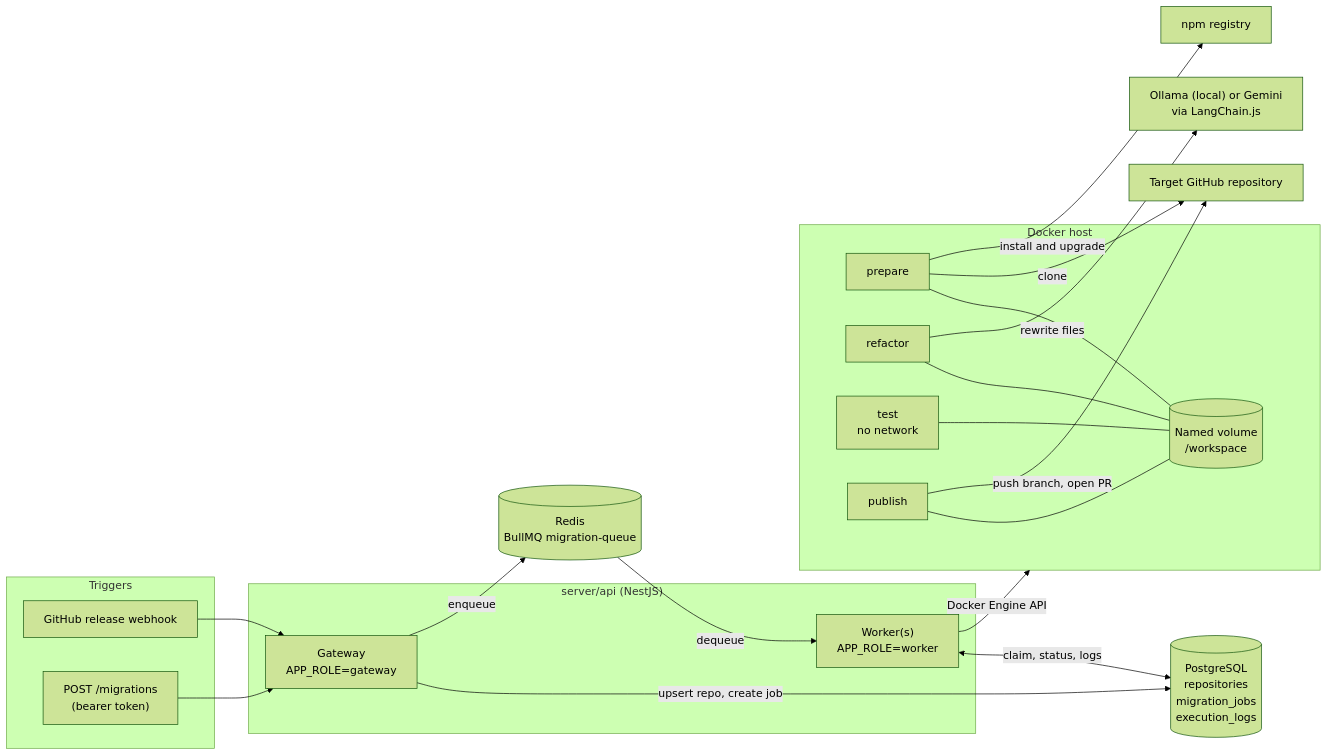
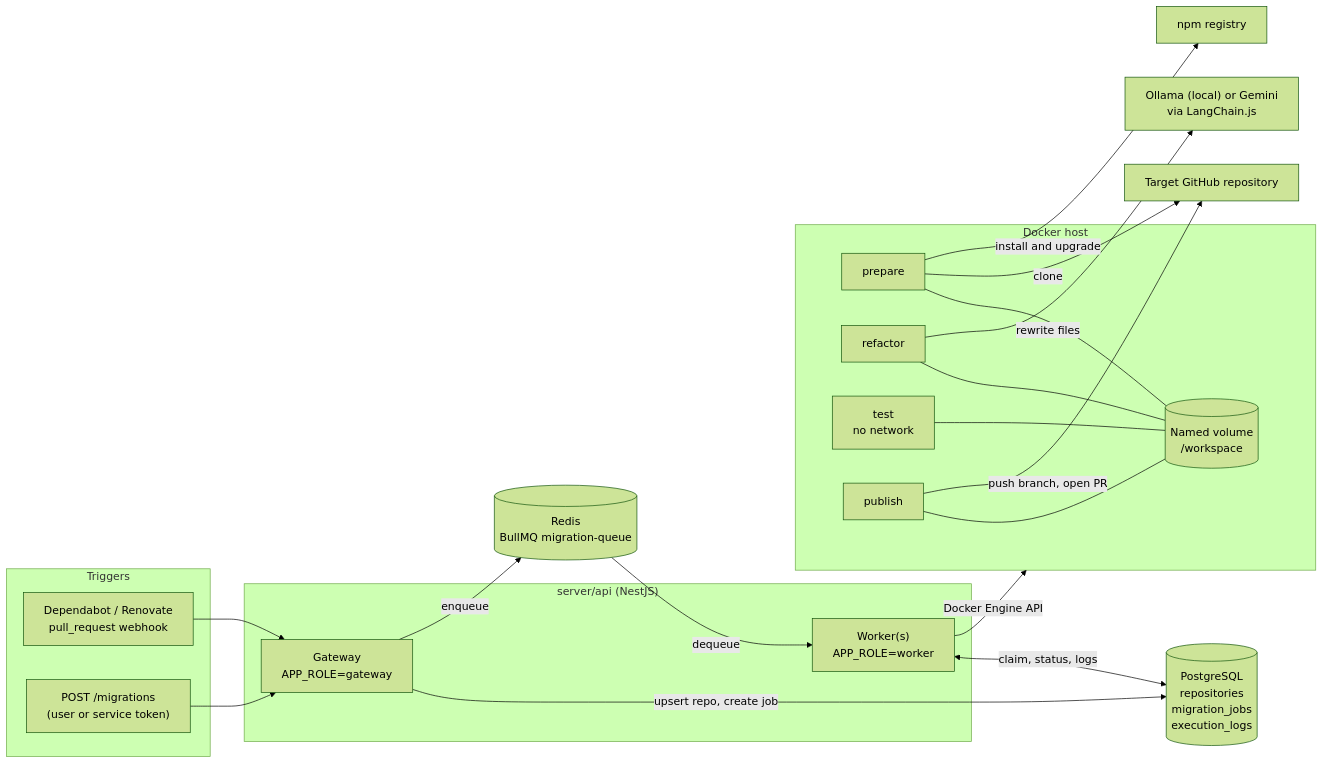
The first of 6 diagrams in README.md (kiet08hogit/SyncLab), drawn with Mermaid (forest theme) before and after one commit. The commit also changed other lines of this file and 1 other file, not shown here.

Commit message:
docs: describe the pull request trigger, per-user API access, and list endpoints

````diff
--- a/README.md
+++ b/README.md
@@ -34,40 +34,40 @@
 ```mermaid
 flowchart LR
     subgraph Triggers
-        GH["GitHub release webhook"]
-        API["POST /migrations<br/>(bearer token)"]
+        GH["Dependabot / Renovate<br/>pull_request webhook"]
+        API["POST /migrations<br/>(user or service token)"]
     end
 
     subgraph Server["server/api (NestJS)"]
         GW["Gateway<br/>APP_ROLE=gateway"]
         WK["Worker(s)<br/>APP_ROLE=worker"]
     end
 
     PG[("PostgreSQL<br/>repositories<br/>migration_jobs<br/>execution_logs")]
     RD[("Redis<br/>BullMQ migration-queue")]
 
     subgraph Docker["Docker host"]
         VOL[("Named volume<br/>/workspace")]
         P["prepare"]
         R["refactor"]
         T["test<br/>no network"]
         PB["publish"]
     end
 
     LLM["Ollama (local) or Gemini<br/>via LangChain.js"]
     NPM["npm registry"]
     REPO["Target GitHub repository"]
 
     GH --> GW
     API --> GW
     GW -->|"upsert repo, create job"| PG
     GW -->|"enqueue"| RD
     RD -->|"dequeue"| WK
     WK <-->|"claim, status, logs"| PG
     WK -->|"Docker Engine API"| Docker
     P & R & T & PB --- VOL
     P -->|"clone"| REPO
     P -->|"install and upgrade"| NPM
     R -->|"rewrite files"| LLM
     PB -->|"push branch, open PR"| REPO
 ```
````
